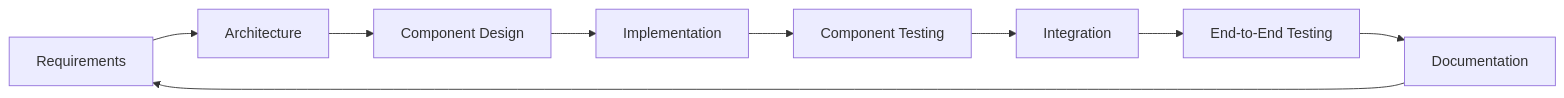
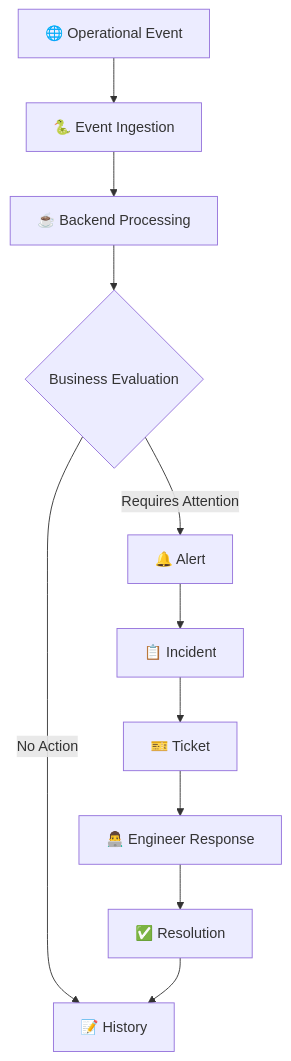
The second of 2 diagrams in README.md (Git-Mohammed/netpulse), drawn with Mermaid before and after one commit. The commit also changed other lines of this file, not shown here.

````diff
--- a/README.md
+++ b/README.md
@@ -631,11 +193,25 @@
 ```mermaid
-flowchart LR
-    A["Requirements"] --> B["Architecture"]
-    B --> C["Component Design"]
-    C --> D["Implementation"]
-    D --> E["Component Testing"]
-    E --> F["Integration"]
-    F --> G["End-to-End Testing"]
-    G --> H["Documentation"]
-    H --> A
+flowchart TD
+
+    A["🌐 Operational Event"]
+    B["🐍 Event Ingestion"]
+    C["☕ Backend Processing"]
+    D{"Business Evaluation"}
+    E["🔔 Alert"]
+    F["📋 Incident"]
+    G["🎫 Ticket"]
+    H["👨‍💻 Engineer Response"]
+    I["✅ Resolution"]
+    J["📝 History"]
+
+    A --> B
+    B --> C
+    C --> D
+    D -->|"Requires Attention"| E
+    D -->|"No Action"| J
+    E --> F
+    F --> G
+    G --> H
+    H --> I
+    I --> J
 ```
````
